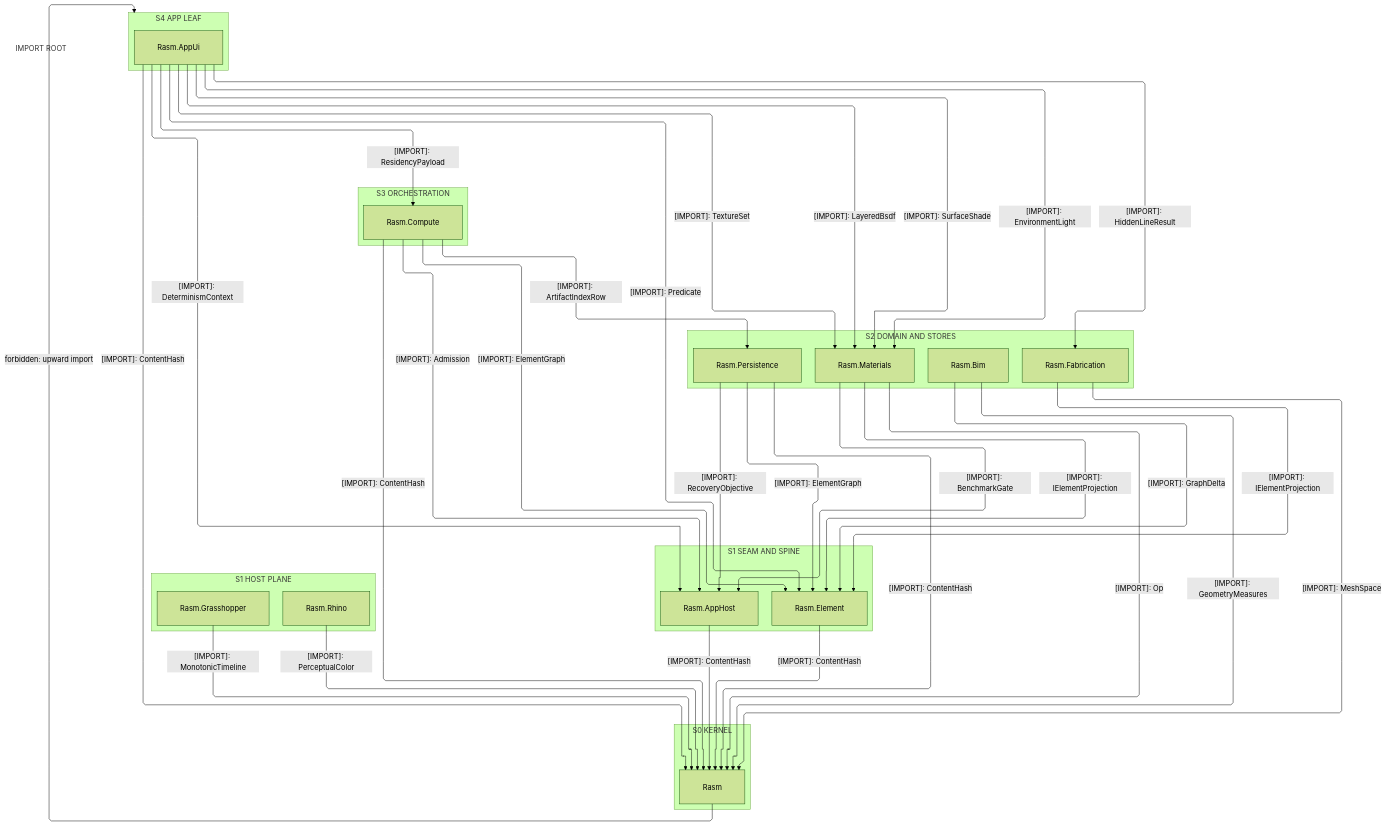
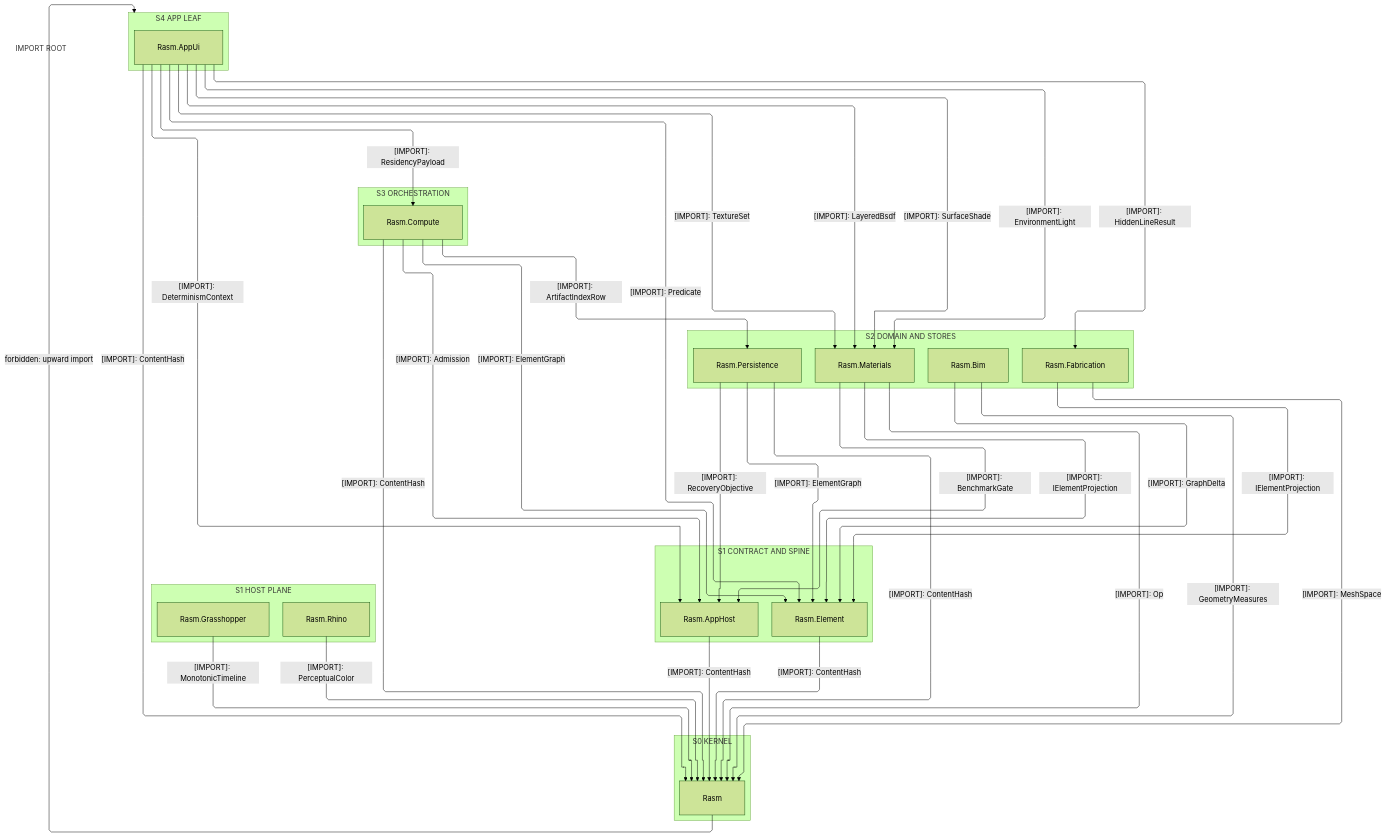
Before and after one commit to bsamiee/Rasm: the first of 5 diagrams in libs/dotnet/.planning/ARCHITECTURE.md, drawn with Mermaid (forest theme). The commit also changed other lines of this file and 1997 other files, not shown here.

First line of the commit message:
docs: rename rail to result and seam to boundary across the corpus

````diff
--- a/libs/dotnet/.planning/ARCHITECTURE.md
+++ b/libs/dotnet/.planning/ARCHITECTURE.md
@@ -44,65 +44,65 @@
 ```mermaid
 ---
 config:
   layout: elk
   flowchart:
     curve: linear
     padding: 25
 ---
 flowchart TB
     accTitle: .NET branch package reference strata
-    accDescr: Package reference strata from the app leaf down to the kernel, the host boundary plane-distinct at the seam rank.
+    accDescr: Package reference strata from the app leaf down to the kernel, the host boundary plane-distinct at the contract rank.
     subgraph S4["S4 APP LEAF"]
         AppUi[Rasm.AppUi]
     end
     subgraph S3["S3 ORCHESTRATION"]
         Compute[Rasm.Compute]
     end
     subgraph S2["S2 DOMAIN AND STORES"]
         Bim[Rasm.Bim]
         Materials[Rasm.Materials]
         Fabrication[Rasm.Fabrication]
         Persistence[Rasm.Persistence]
     end
-    subgraph S1["S1 SEAM AND SPINE"]
+    subgraph S1["S1 CONTRACT AND SPINE"]
         Element[Rasm.Element]
         AppHost[Rasm.AppHost]
     end
     subgraph HOST["S1 HOST PLANE"]
         Rhino[Rasm.Rhino]
         Grasshopper[Rasm.Grasshopper]
     end
     subgraph S0["S0 KERNEL"]
         Rasm[Rasm]
     end
     subgraph ROOTS["IMPORT ROOT"]
     end
     Rhino e1@-->|"[IMPORT]: PerceptualColor"| Rasm
     Grasshopper e2@-->|"[IMPORT]: MonotonicTimeline"| Rasm
     Element e3@-->|"[IMPORT]: ContentHash"| Rasm
     AppHost e4@-->|"[IMPORT]: ContentHash"| Rasm
     Persistence e5@-->|"[IMPORT]: ElementGraph"| Element
     Persistence e6@-->|"[IMPORT]: ContentHash"| Rasm
     Persistence e7@-->|"[IMPORT]: RecoveryObjective"| AppHost
     Materials e8@-->|"[IMPORT]: IElementProjection"| Element
     Materials e9@-->|"[IMPORT]: Op"| Rasm
     Materials e10@-->|"[IMPORT]: BenchmarkGate"| AppHost
     Bim e11@-->|"[IMPORT]: GraphDelta"| Element
     Bim e12@-->|"[IMPORT]: GeometryMeasures"| Rasm
     Fabrication e13@-->|"[IMPORT]: IElementProjection"| Element
     Fabrication e14@-->|"[IMPORT]: MeshSpace"| Rasm
     Compute e15@-->|"[IMPORT]: ElementGraph"| Element
     Compute e16@-->|"[IMPORT]: ContentHash"| Rasm
     Compute e17@-->|"[IMPORT]: Admission"| AppHost
     Compute e18@-->|"[IMPORT]: ArtifactIndexRow"| Persistence
     AppUi e19@-->|"[IMPORT]: ContentHash"| Rasm
     AppUi e20@-->|"[IMPORT]: DeterminismContext"| AppHost
     AppUi e21@-->|"[IMPORT]: ResidencyPayload"| Compute
     AppUi e22@-->|"[IMPORT]: LayeredBsdf"| Materials
     AppUi e23@-->|"[IMPORT]: SurfaceShade"| Materials
     AppUi e24@-->|"[IMPORT]: EnvironmentLight"| Materials
     AppUi e25@-->|"[IMPORT]: TextureSet"| Materials
     AppUi e26@-->|"[IMPORT]: HiddenLineResult"| Fabrication
     AppUi e33@-->|"[IMPORT]: Predicate"| Element
     Rasm f1@-->|"forbidden: upward import"| S4
 ```
````
